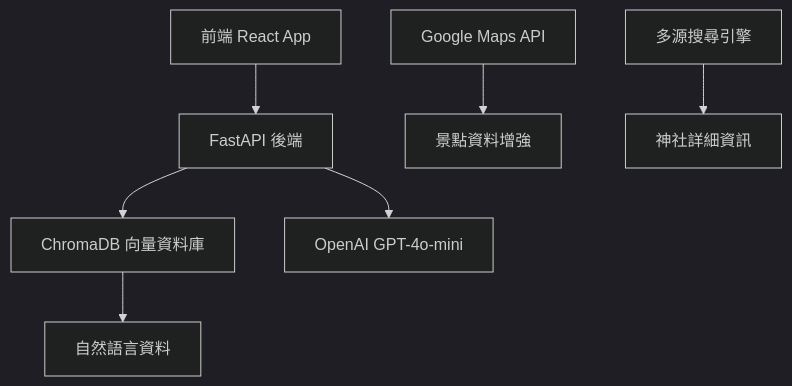
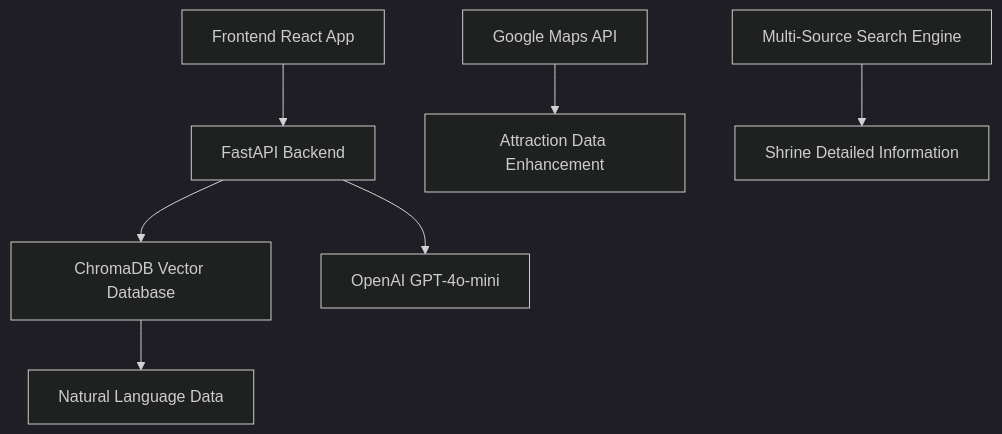
Before and after one commit to yuan1108code/Fukui-LLM-Tourism: the diagram in README.md, drawn with Mermaid (dark theme). The commit also changed other lines of this file and 1197 other files, not shown here.

````diff
--- a/README.md
+++ b/README.md
@@ -25,9 +25,9 @@
 ```mermaid
 graph TB
-    A[前端 React App] --> B[FastAPI 後端]
-    B --> C[ChromaDB 向量資料庫]
+    A[Frontend React App] --> B[FastAPI Backend]
+    B --> C[ChromaDB Vector Database]
     B --> D[OpenAI GPT-4o-mini]
-    C --> E[自然語言資料]
-    F[Google Maps API] --> G[景點資料增強]
-    H[多源搜尋引擎] --> I[神社詳細資訊]
+    C --> E[Natural Language Data]
+    F[Google Maps API] --> G[Attraction Data Enhancement]
+    H[Multi-Source Search Engine] --> I[Shrine Detailed Information]
 ```
````
